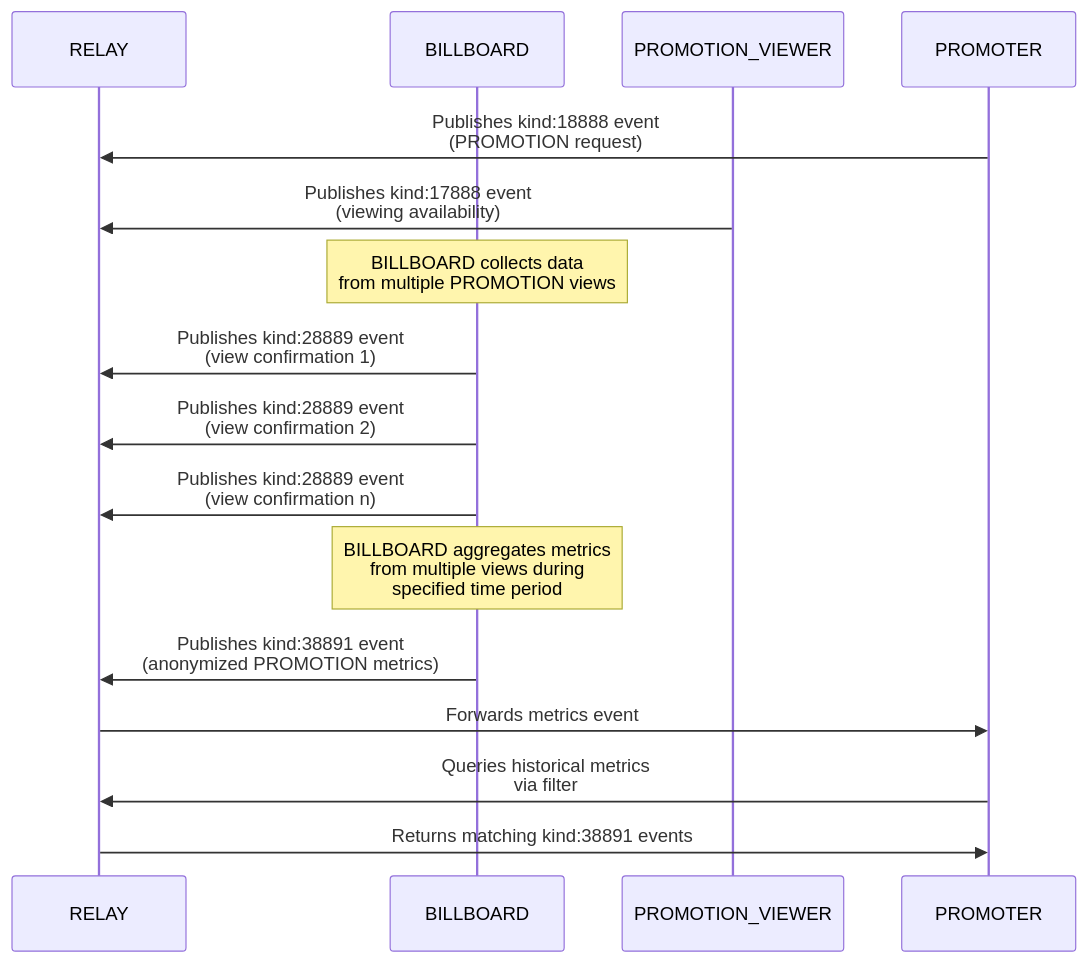
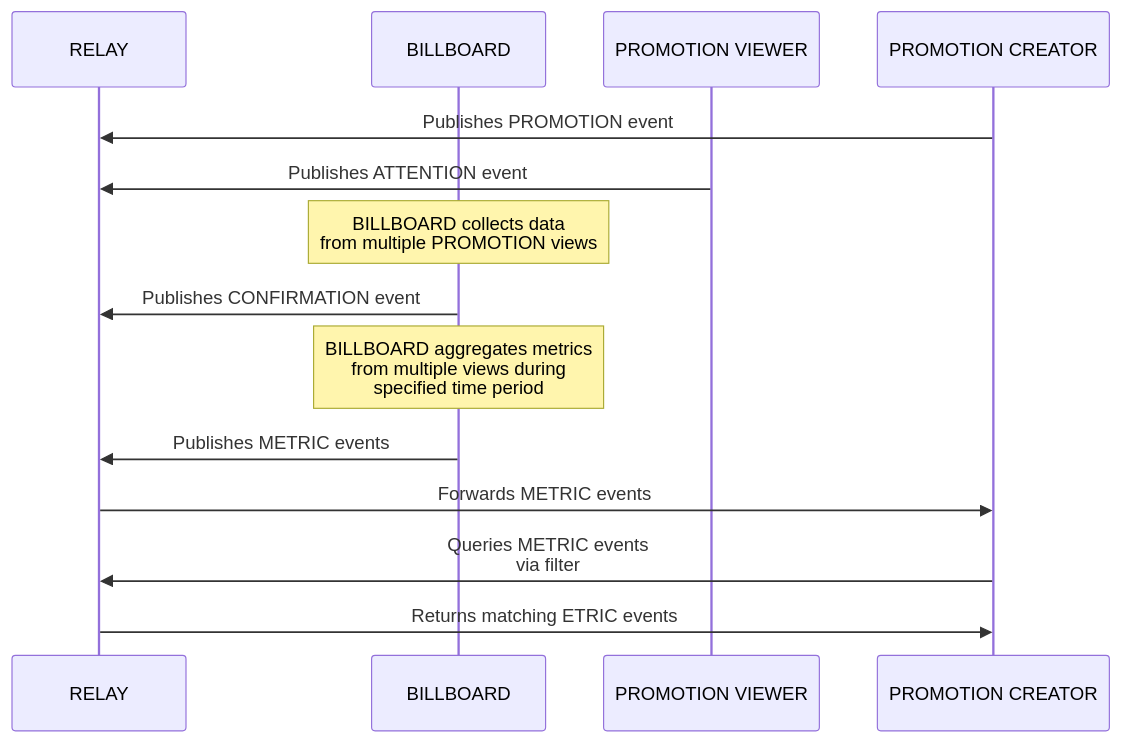
Before and after one commit to joinnextblock/attn-protocol: the diagram in NIP-X2.md, drawn with Mermaid. The commit also changed other lines of this file and 12 other files, not shown here.

````diff
--- a/NIP-X2.md
+++ b/NIP-X2.md
@@ -129,23 +127,21 @@
 ```mermaid
 sequenceDiagram
     participant RELAY
     participant BILLBOARD
-    participant PROMOTION_VIEWER
-    participant PROMOTER
+    participant PROMOTION VIEWER
+    participant PROMOTION CREATOR
 
-    PROMOTER->>RELAY: Publishes kind:18888 event<br/>(PROMOTION request)
-    PROMOTION_VIEWER->>RELAY: Publishes kind:17888 event<br/>(viewing availability)
+    PROMOTION CREATOR->>RELAY: Publishes PROMOTION event
+    PROMOTION VIEWER->>RELAY: Publishes ATTENTION event
     
     Note over BILLBOARD: BILLBOARD collects data<br/>from multiple PROMOTION views
-    BILLBOARD->>RELAY: Publishes kind:28889 event<br/>(view confirmation 1)
-    BILLBOARD->>RELAY: Publishes kind:28889 event<br/>(view confirmation 2)
-    BILLBOARD->>RELAY: Publishes kind:28889 event<br/>(view confirmation n)
+    BILLBOARD->>RELAY: Publishes CONFIRMATION event
     
     Note over BILLBOARD: BILLBOARD aggregates metrics<br/>from multiple views during<br/>specified time period
     
-    BILLBOARD->>RELAY: Publishes kind:38891 event<br/>(anonymized PROMOTION metrics)
-    RELAY->>PROMOTER: Forwards metrics event
+    BILLBOARD->>RELAY: Publishes METRIC events
+    RELAY->>PROMOTION CREATOR: Forwards METRIC events
     
-    PROMOTER->>RELAY: Queries historical metrics<br/>via filter
-    RELAY->>PROMOTER: Returns matching kind:38891 events
+    PROMOTION CREATOR->>RELAY: Queries METRIC events<br/>via filter
+    RELAY->>PROMOTION CREATOR: Returns matching ETRIC events
 ```
````
